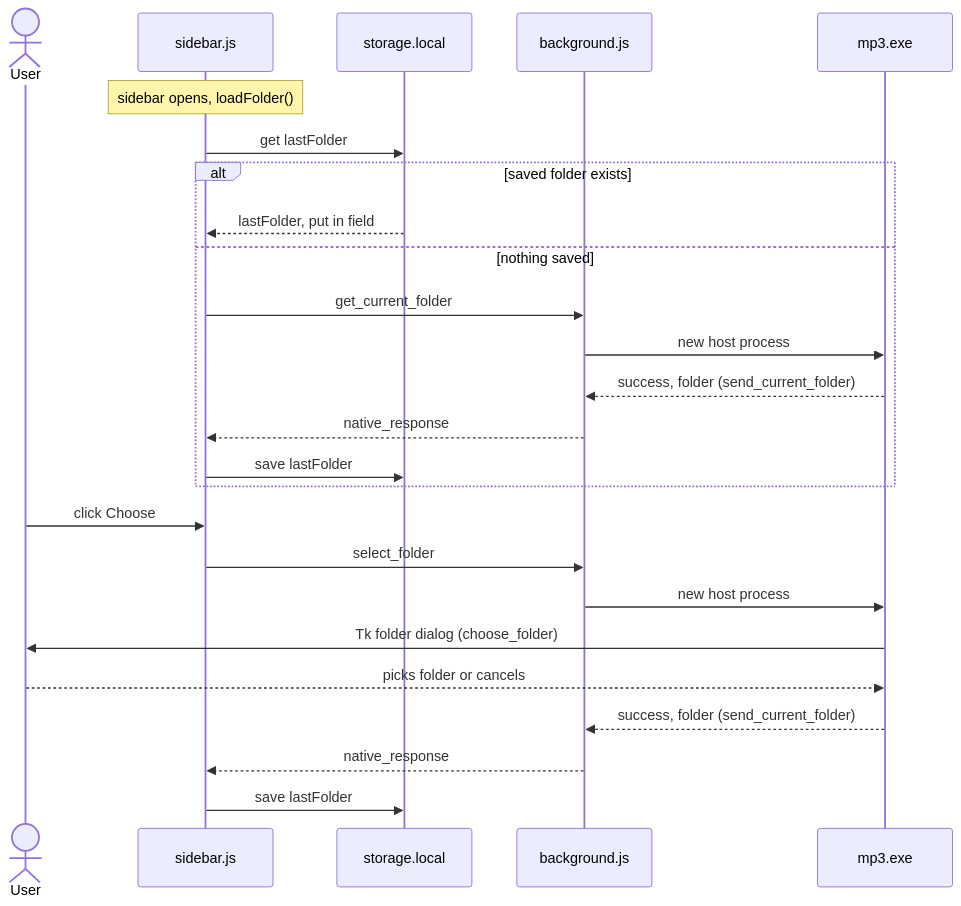
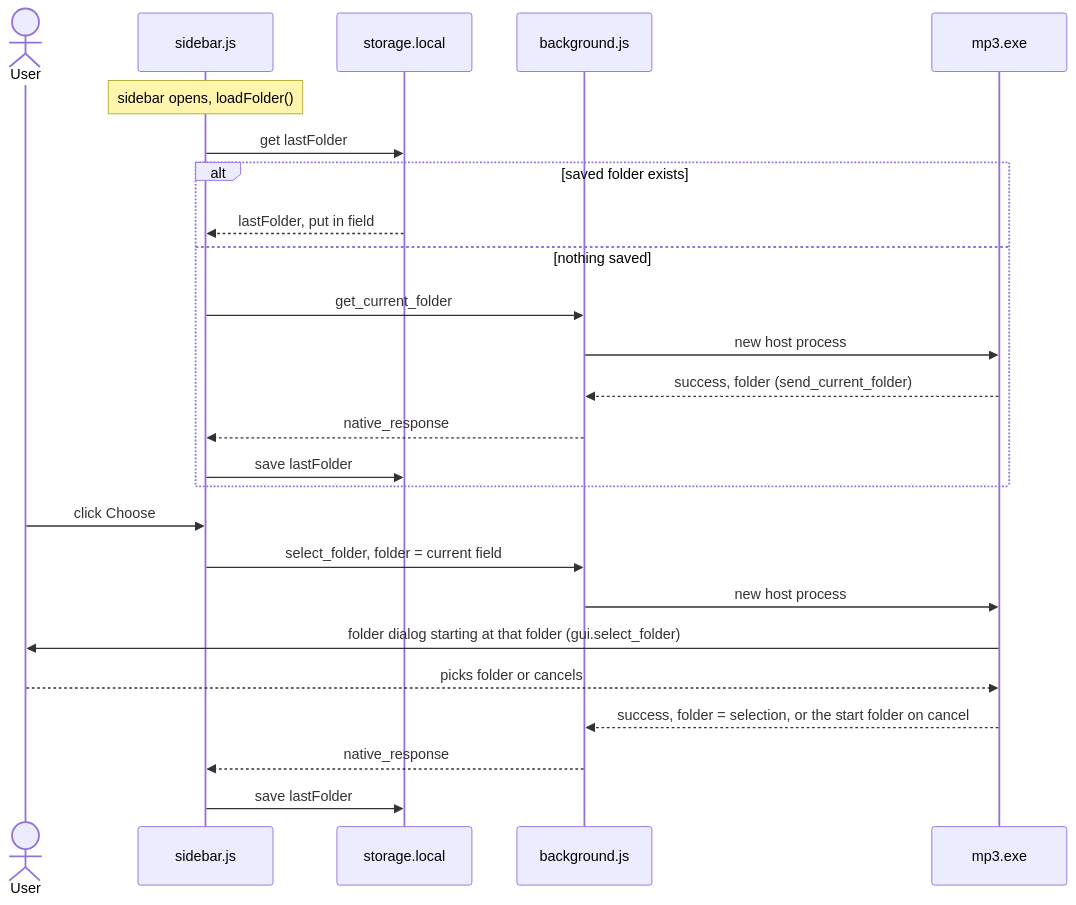
Diagram 15 of 18 in ARCHITECTURE.md (martin-iflap/YT-MP3-Downloader), drawn with Mermaid before and after one commit. The commit also changed other lines of this file and 11 other files, not shown here.

````diff
--- a/ARCHITECTURE.md
+++ b/ARCHITECTURE.md
@@ -567,29 +587,29 @@
 ```mermaid
 sequenceDiagram
     actor User
     participant SB as sidebar.js
     participant ST as storage.local
     participant BG as background.js
     participant H as mp3.exe
 
     Note over SB: sidebar opens, loadFolder()
     SB->>ST: get lastFolder
     alt saved folder exists
         ST-->>SB: lastFolder, put in field
     else nothing saved
         SB->>BG: get_current_folder
         BG->>H: new host process
         H-->>BG: success, folder (send_current_folder)
         BG-->>SB: native_response
         SB->>ST: save lastFolder
     end
 
     User->>SB: click Choose
-    SB->>BG: select_folder
+    SB->>BG: select_folder, folder = current field
     BG->>H: new host process
-    H->>User: Tk folder dialog (choose_folder)
+    H->>User: folder dialog starting at that folder (gui.select_folder)
     User-->>H: picks folder or cancels
-    H-->>BG: success, folder (send_current_folder)
+    H-->>BG: success, folder = selection, or the start folder on cancel
     BG-->>SB: native_response
     SB->>ST: save lastFolder
 ```
````
